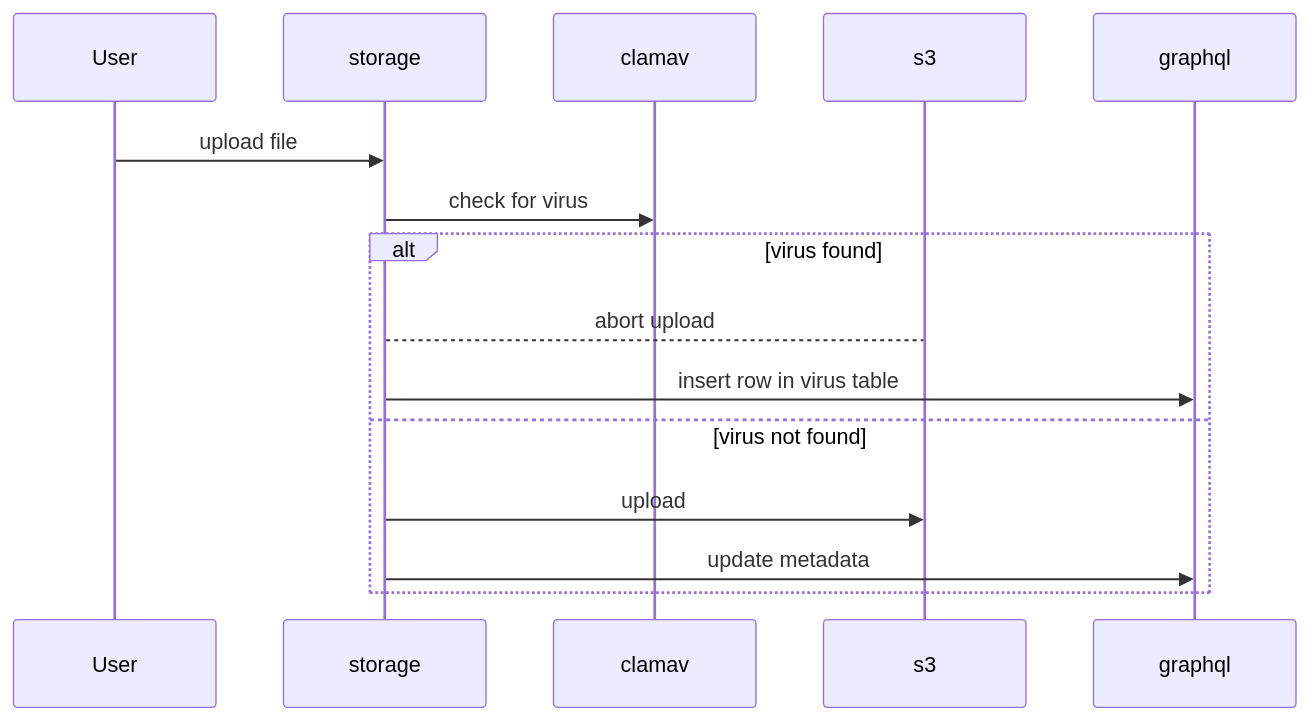
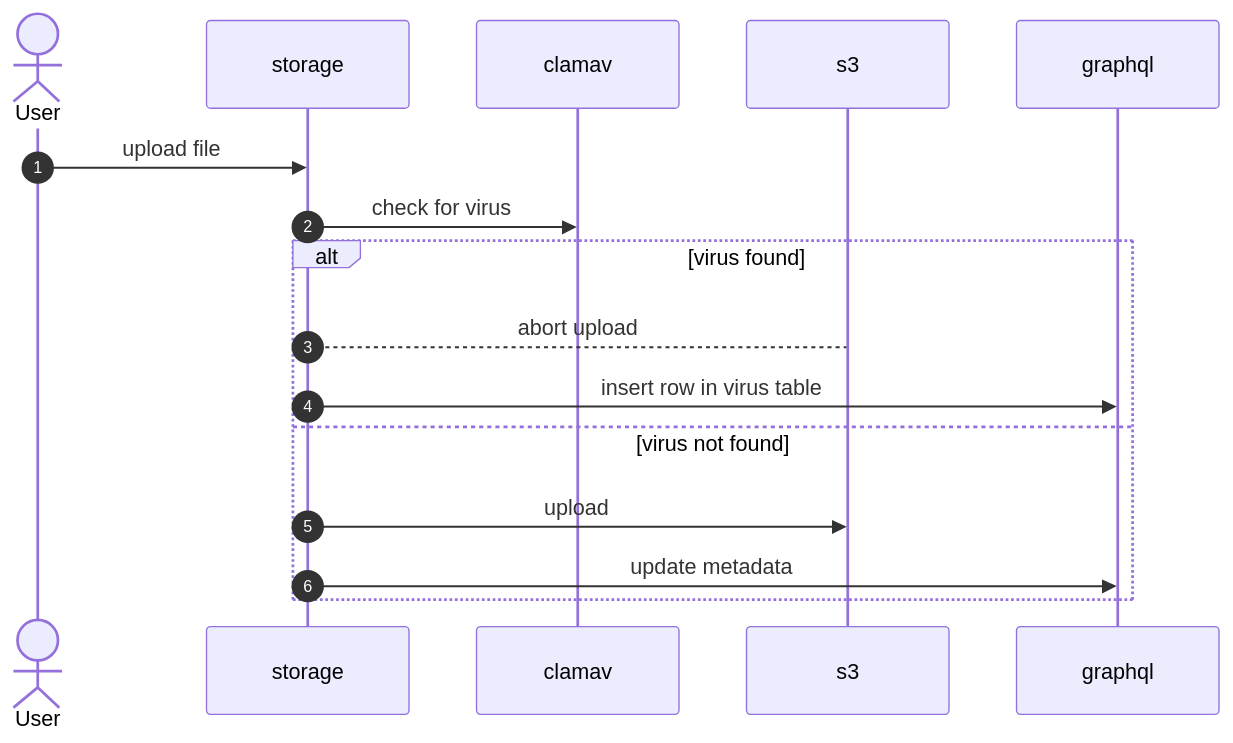
The third of 3 diagrams in README.md (nhost/hasura-storage), drawn with Mermaid before and after one commit.

````diff
--- a/README.md
+++ b/README.md
@@ -59,13 +59,15 @@
 ``` mermaid
 sequenceDiagram
+    actor User
+    autonumber
     User ->> storage: upload file
     storage ->>clamav: check for virus
     alt virus found
         storage-->s3: abort upload
         storage->>graphql: insert row in virus table
     else virus not found
         storage->>s3: upload
         storage->>graphql: update metadata
     end
 
 ```
````
